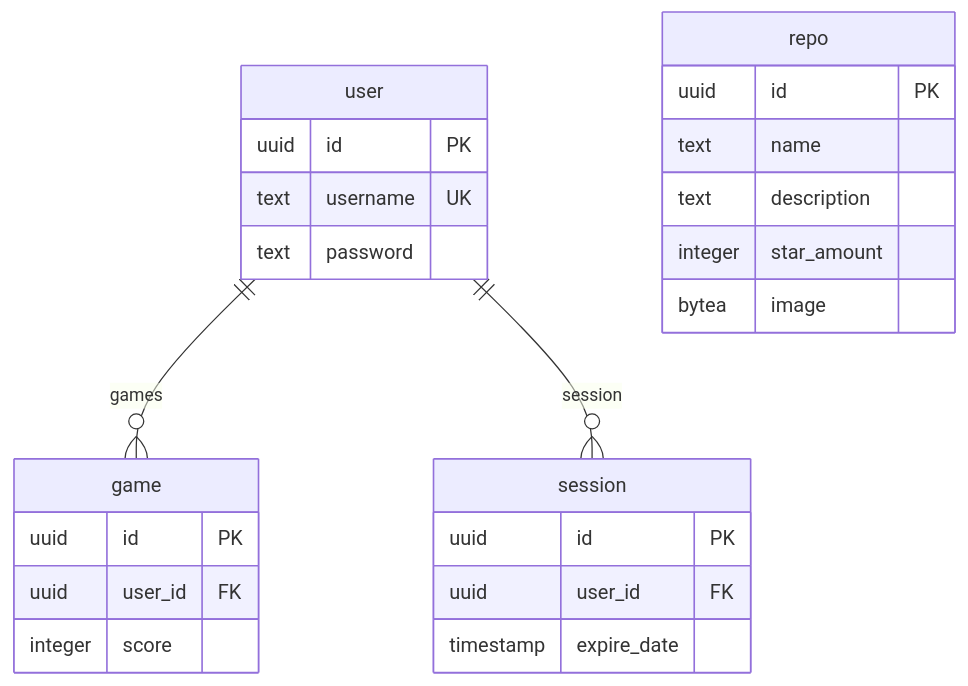
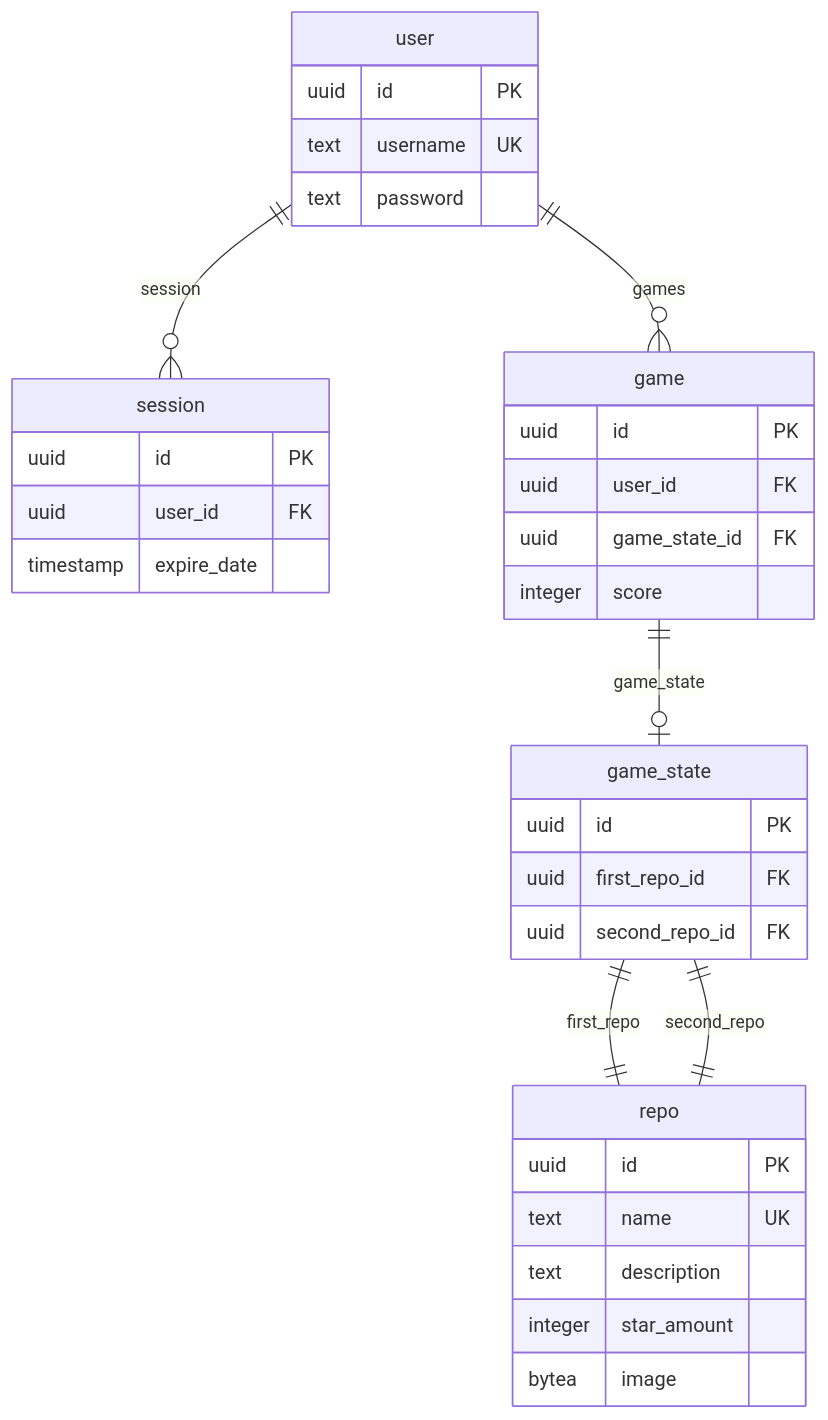
Before and after one commit to mwojtyna/hol-github: the diagram in backend/docs/db_diagram.md, drawn with Mermaid. The commit also changed 14 other files, not shown here.

````diff
--- a/backend/docs/db_diagram.md
+++ b/backend/docs/db_diagram.md
@@ -7,31 +7,41 @@
 ```mermaid
 erDiagram
     user {
         uuid id PK
         text username UK
         text password
     }
 
     session {
         uuid id PK
         uuid user_id FK
         timestamp expire_date
     }
 
     repo {
         uuid id PK
-        text name
+        text name UK
         text description
         integer star_amount
         bytea image
     }
 
     game {
         uuid id PK
         uuid user_id FK
+        uuid game_state_id FK
         integer score
+    }
+
+    game_state {
+        uuid id PK
+        uuid first_repo_id FK
+        uuid second_repo_id FK
     }
 
     user 1--0+ game: "games"
     user 1--0+ session: "session"
+    game 1--zero or one game_state: "game_state"
+    game_state 1--1 repo: "first_repo"
+    game_state 1--1 repo: "second_repo"
 ```
````
